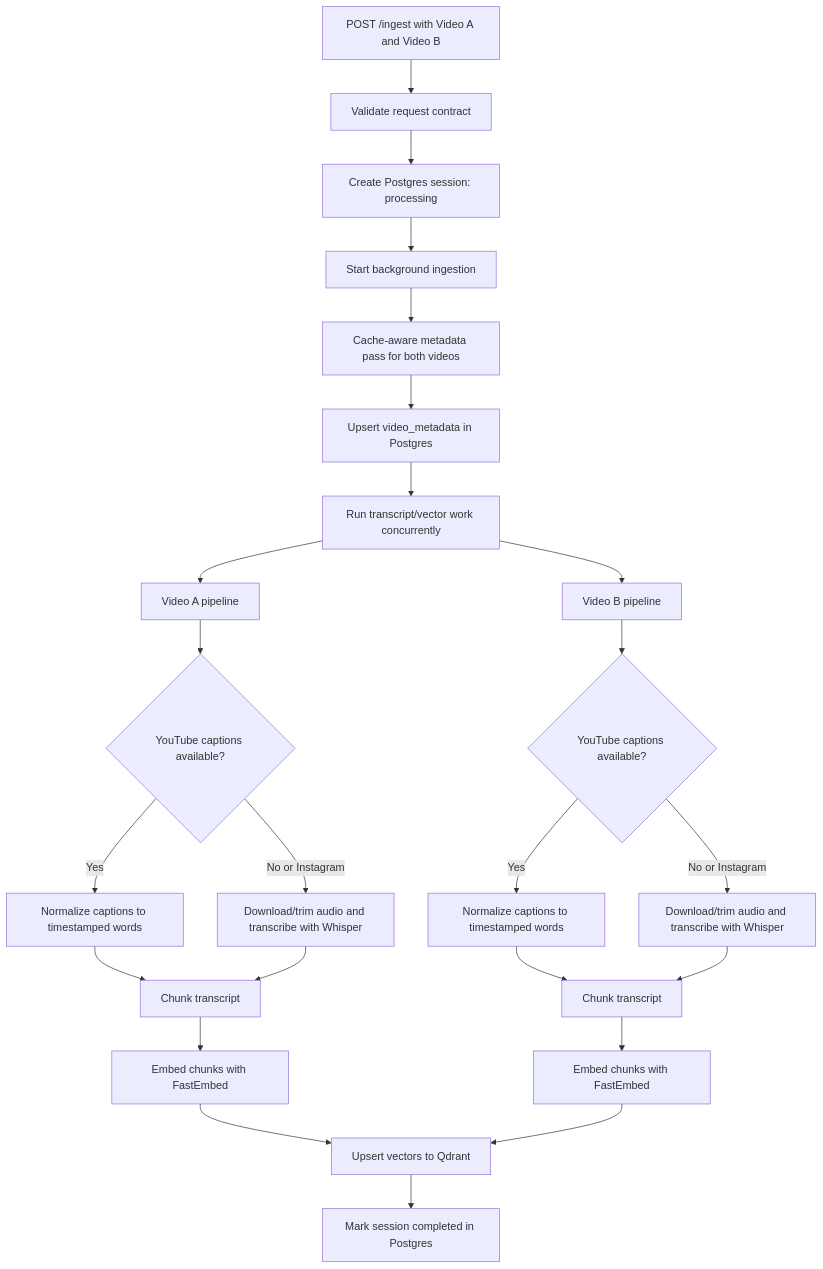
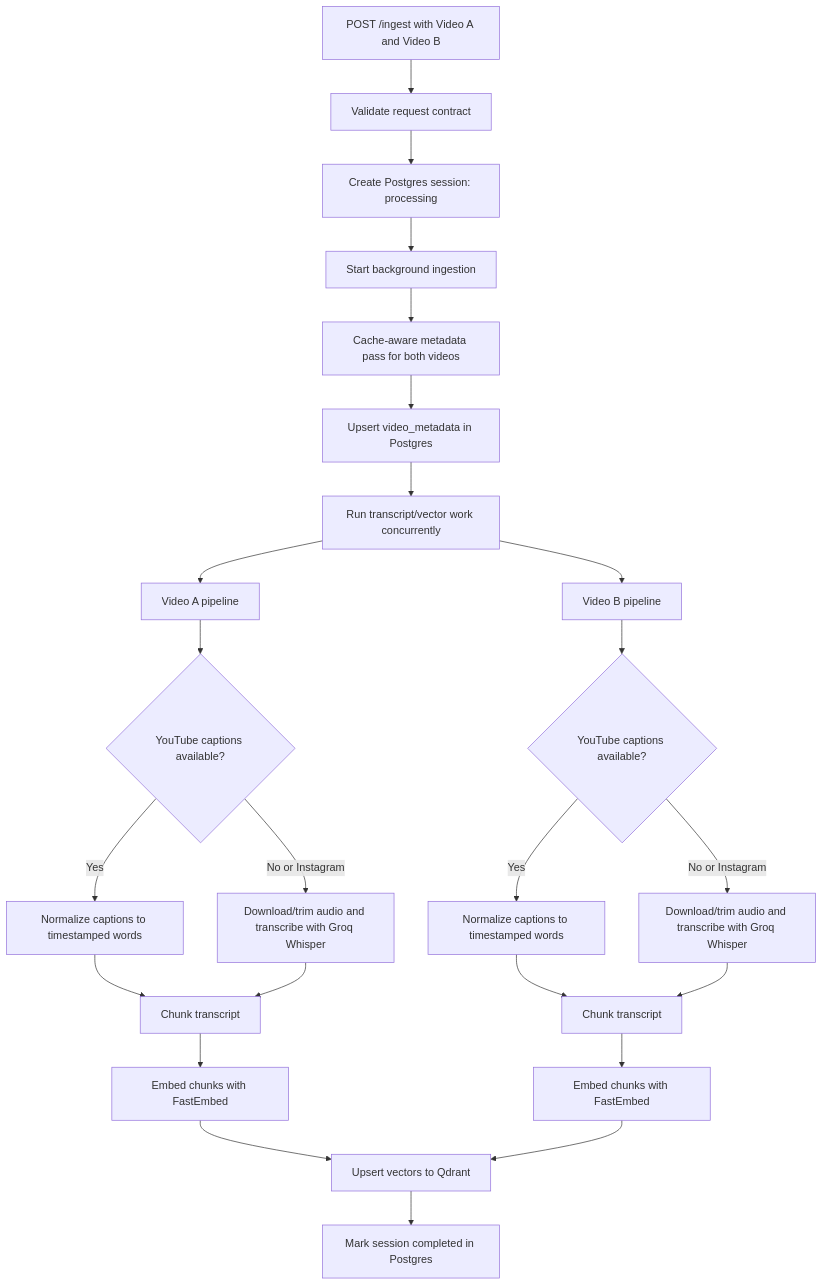
The second of 5 diagrams in docs/phase/phase-1.md (nirmaljb/CreatorGPT), drawn with Mermaid before and after one commit. The commit also changed other lines of this file and 13 other files, not shown here.

Commit message:
refactor: replace local faster-whisper with Groq whisper-large-v3 for audio transcription

````diff
--- a/docs/phase/phase-1.md
+++ b/docs/phase/phase-1.md
@@ -70,34 +70,34 @@
 ```mermaid
 flowchart TD
     Request[POST /ingest with Video A and Video B] --> Validate[Validate request contract]
     Validate --> Session[Create Postgres session: processing]
     Session --> Background[Start background ingestion]
 
     Background --> Metadata[Cache-aware metadata pass for both videos]
     Metadata --> StoreMeta[Upsert video_metadata in Postgres]
     StoreMeta --> Parallel[Run transcript/vector work concurrently]
 
     Parallel --> VideoA[Video A pipeline]
     Parallel --> VideoB[Video B pipeline]
 
     VideoA --> TranscriptA{YouTube captions available?}
     VideoB --> TranscriptB{YouTube captions available?}
 
     TranscriptA -- Yes --> CaptionsA[Normalize captions to timestamped words]
-    TranscriptA -- No or Instagram --> WhisperA[Download/trim audio and transcribe with Whisper]
+    TranscriptA -- No or Instagram --> WhisperA[Download/trim audio and transcribe with Groq Whisper]
 
     TranscriptB -- Yes --> CaptionsB[Normalize captions to timestamped words]
-    TranscriptB -- No or Instagram --> WhisperB[Download/trim audio and transcribe with Whisper]
+    TranscriptB -- No or Instagram --> WhisperB[Download/trim audio and transcribe with Groq Whisper]
 
     CaptionsA --> ChunkA[Chunk transcript]
     WhisperA --> ChunkA
     CaptionsB --> ChunkB[Chunk transcript]
     WhisperB --> ChunkB
 
     ChunkA --> EmbedA[Embed chunks with FastEmbed]
     ChunkB --> EmbedB[Embed chunks with FastEmbed]
 
     EmbedA --> Qdrant[Upsert vectors to Qdrant]
     EmbedB --> Qdrant
     Qdrant --> Done[Mark session completed in Postgres]
 ```
````
